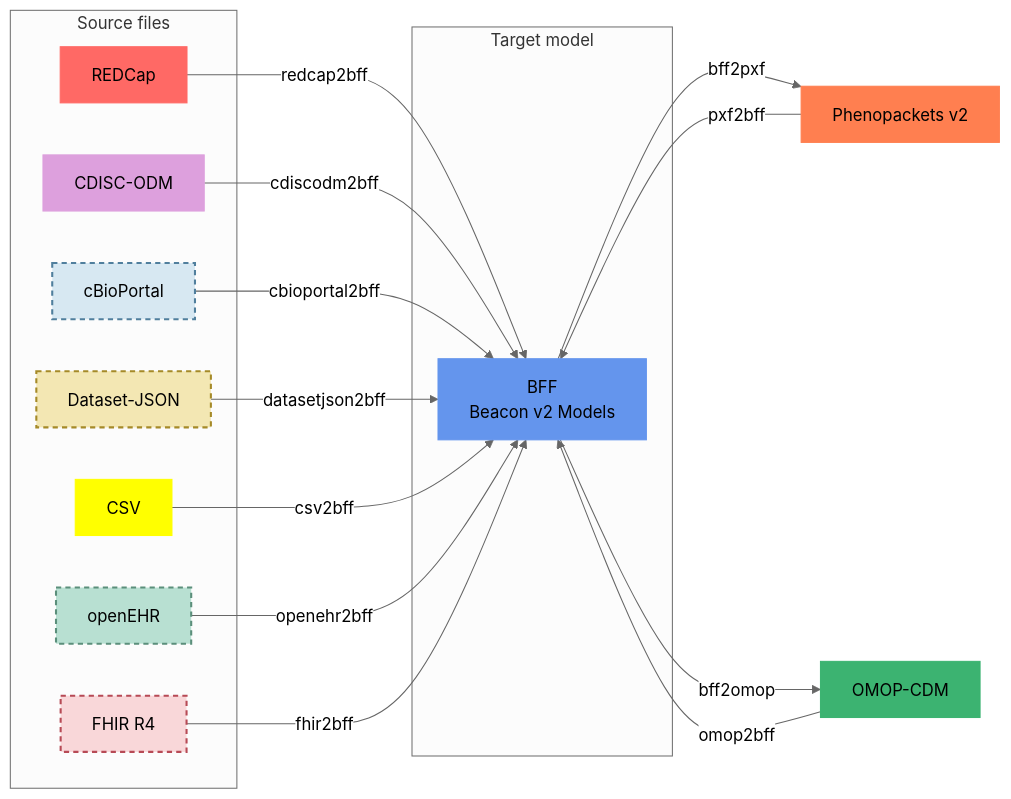
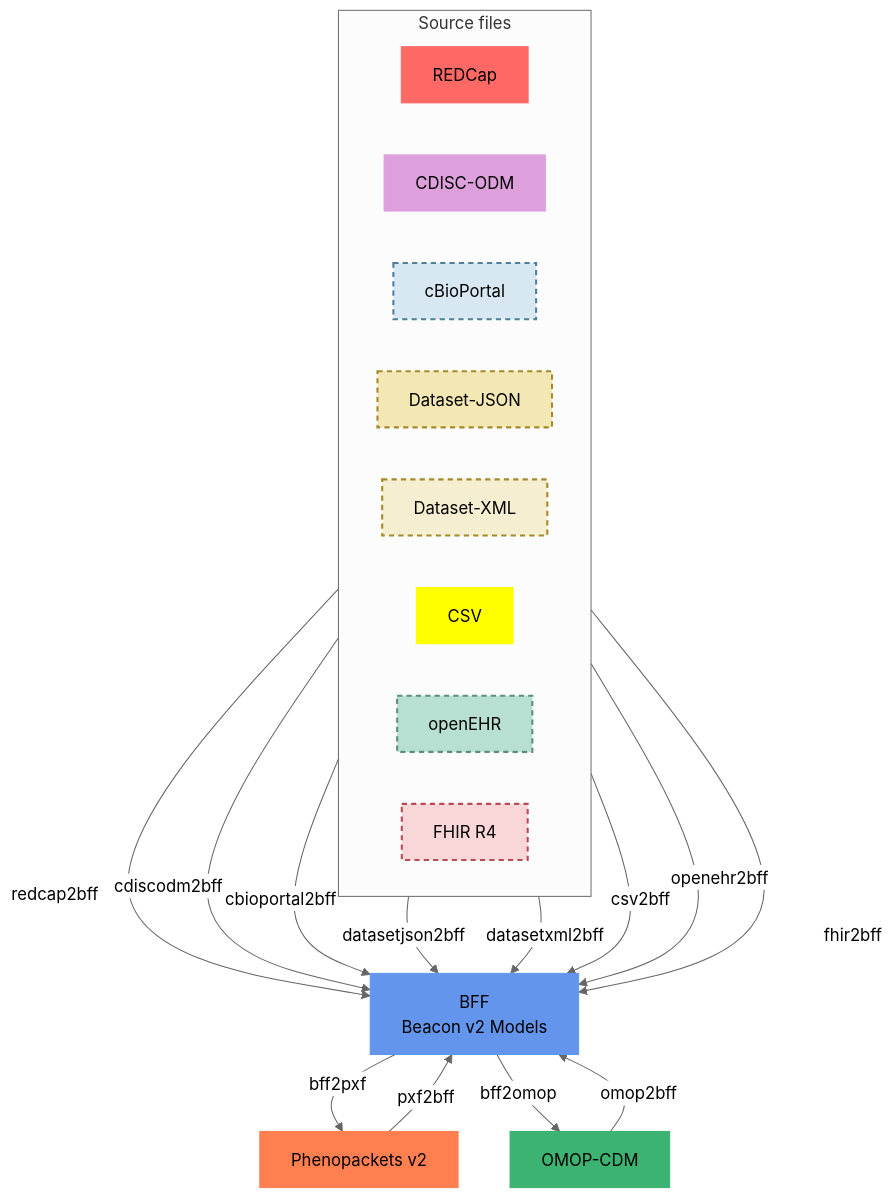
The first of 2 diagrams in docs-site/docs/supported-formats.mdx (CNAG-Biomedical-Informatics/convert-pheno), drawn with Mermaid before and after one commit. The commit also changed other lines of this file and 103 other files, not shown here.

````diff
--- a/docs-site/docs/supported-formats.mdx
+++ b/docs-site/docs/supported-formats.mdx
@@ -16,40 +16,42 @@
 ```mermaid
 %%{init:{'theme':'neutral'}}%%
-graph LR
+graph TB
   subgraph "Source files"
+    direction LR
     C[REDCap]
     E[CDISC-ODM]
     K[cBioPortal]
     H[Dataset-JSON]
+    X[Dataset-XML]
     F[CSV]
     G[openEHR]
     J[FHIR R4]
   end
 
-  subgraph "Target model"
-    A["BFF<br/>Beacon v2 Models"]
-  end
+  A["BFF<br/>Beacon v2 Models"]
 
   C -->|redcap2bff| A
   E -->|cdiscodm2bff| A
   K -->|cbioportal2bff| A
   H -->|datasetjson2bff| A
+  X -->|datasetxml2bff| A
   F -->|csv2bff| A
   G -->|openehr2bff| A
   J -->|fhir2bff| A
   B[Phenopackets v2] -->|pxf2bff| A
   A -->|bff2pxf| B
   D[OMOP-CDM] -->|omop2bff| A
   A -->|bff2omop| D
 
   style A fill:#6495ED,stroke:#6495ED
   style B fill:#FF7F50,stroke:#FF7F50
   style C fill:#FF6965,stroke:#FF6965
   style D fill:#3CB371,stroke:#3CB371
   style E fill:#DDA0DD,stroke:#DDA0DD
   style K fill:#D7E8F2,stroke:#507F9D,stroke-width:2px,stroke-dasharray:5 4
   style H fill:#F3E7B3,stroke:#A58A28,stroke-width:2px,stroke-dasharray:5 4
+  style X fill:#F6EED0,stroke:#A58A28,stroke-width:2px,stroke-dasharray:5 4
   style F fill:#FFFF00,stroke:#FFFF00
   style G fill:#B8E0D2,stroke:#5B8F7B,stroke-width:2px,stroke-dasharray:5 4
   style J fill:#F9D7D9,stroke:#B74A55,stroke-width:2px,stroke-dasharray:5 4
 ```
````
